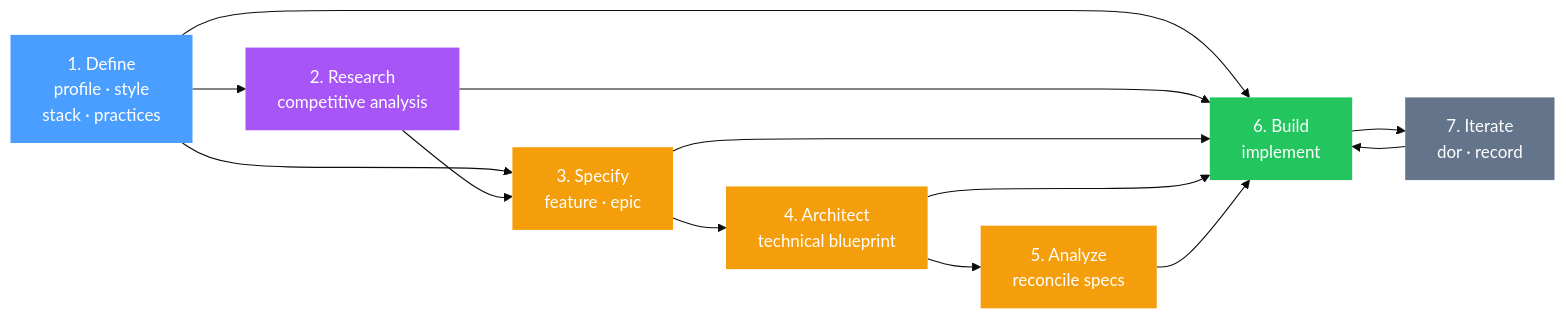
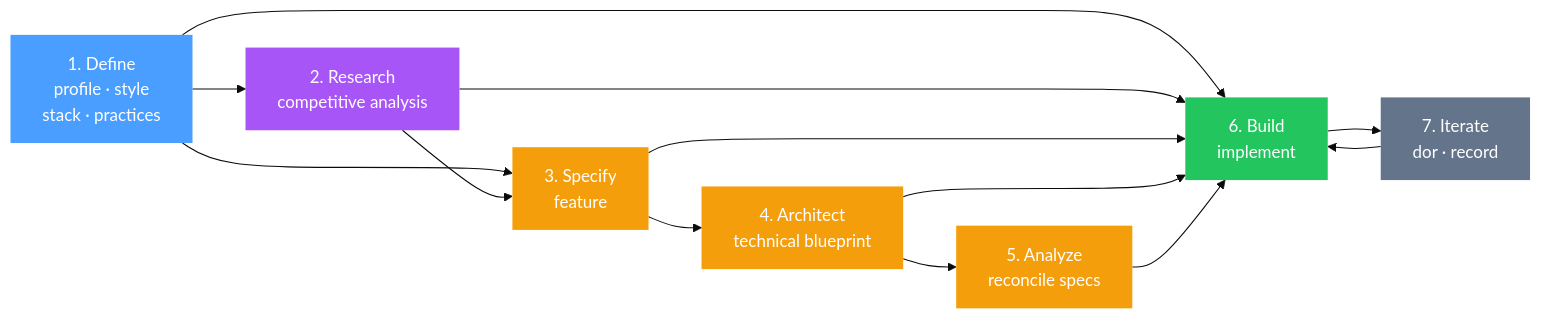
Before and after one commit to gballer77/gspec: the diagram in README.md, drawn with Mermaid (base theme). The commit also changed other lines of this file and 20 other files, not shown here.

First line of the commit message:
Merge epic into feature command and add releases page for v1.7.0

````diff
--- a/README.md
+++ b/README.md
@@ -30,45 +30,45 @@
 ```mermaid
 flowchart LR
     Define["1. Define
     profile · style
     stack · practices"]
 
     Research["2. Research
     competitive analysis"]
 
     Specify["3. Specify
-    feature · epic"]
+    feature"]
 
     Architect["4. Architect
     technical blueprint"]
 
     Analyze["5. Analyze
     reconcile specs"]
 
     Build["6. Build
     implement"]
     
     Iterate["7. Iterate
     dor · record"]
 
     Define --> Research
     Define --> Specify
     Define --> Build
     Research --> Specify
     Research --> Build
     Specify --> Architect
     Specify --> Build
     Architect --> Analyze
     Architect --> Build
     Analyze --> Build
     Build --> Iterate
     Iterate --> Build
 
     style Define fill:#4a9eff,color:#fff,stroke:none
     style Research fill:#a855f7,color:#fff,stroke:none
     style Specify fill:#f59e0b,color:#fff,stroke:none
     style Architect fill:#f59e0b,color:#fff,stroke:none
     style Analyze fill:#f59e0b,color:#fff,stroke:none
     style Build fill:#22c55e,color:#fff,stroke:none
     style Iterate fill:#64748b,color:#fff,stroke:none
 ```
````
